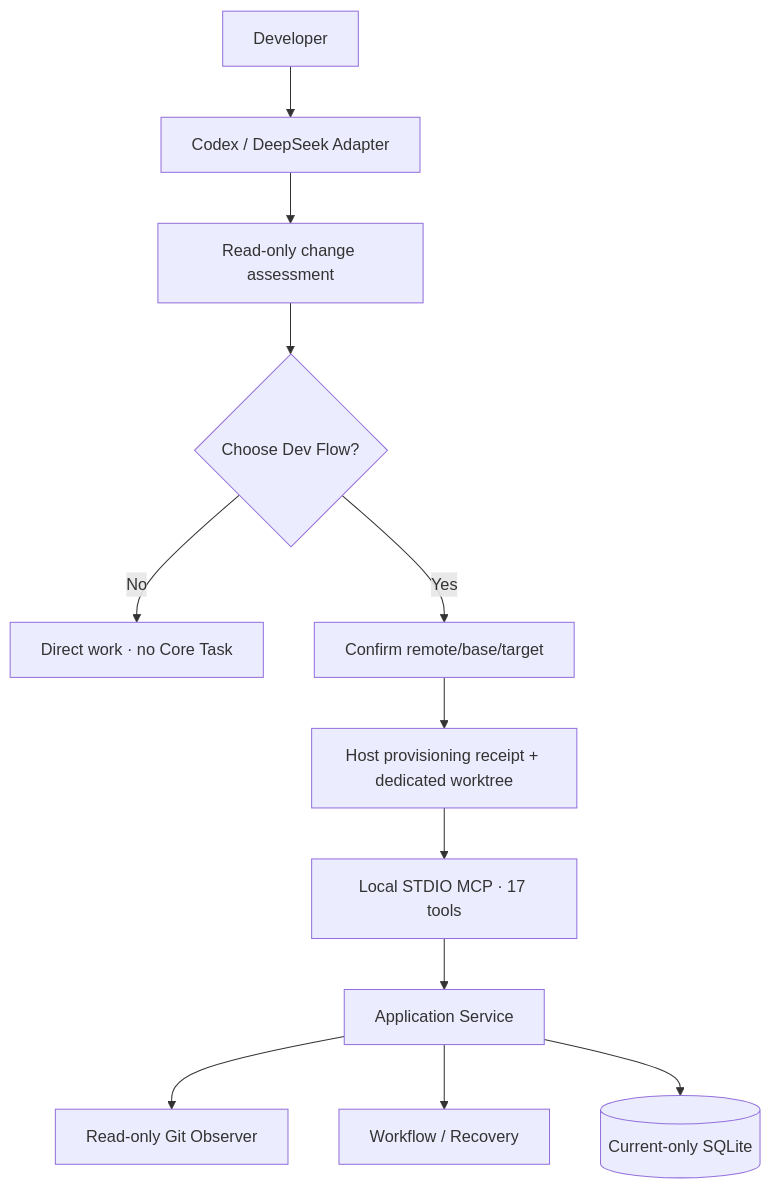
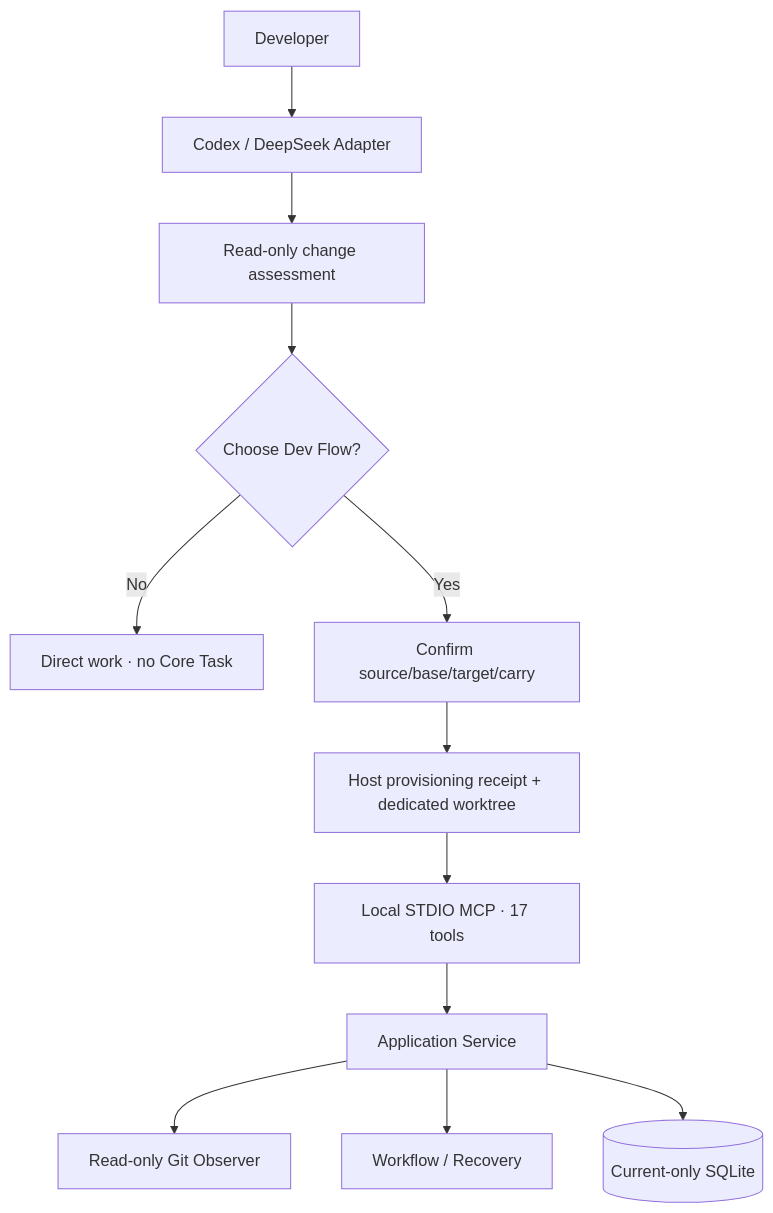
Before and after one commit to Innocent-children/dev-flow: the diagram in docs/ARCHITECTURE_en.md, drawn with Mermaid. The commit also changed other lines of this file and 103 other files, not shown here.

````diff
--- a/docs/ARCHITECTURE_en.md
+++ b/docs/ARCHITECTURE_en.md
@@ -16,14 +16,14 @@
 ```mermaid
 flowchart TB
     U[Developer] --> H[Codex / DeepSeek Adapter]
     H --> A[Read-only change assessment]
     A --> C{Choose Dev Flow?}
     C -->|No| D[Direct work · no Core Task]
-    C -->|Yes| P[Confirm remote/base/target]
+    C -->|Yes| P[Confirm source/base/target/carry]
     P --> W[Host provisioning receipt + dedicated worktree]
     W --> M[Local STDIO MCP · 17 tools]
     M --> S[Application Service]
     S --> G[Read-only Git Observer]
     S --> F[Workflow / Recovery]
     S --> DB[(Current-only SQLite)]
 ```
````
